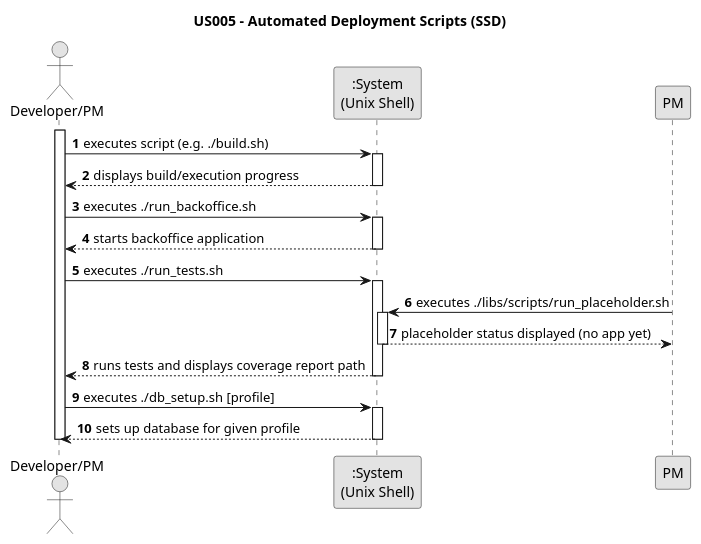
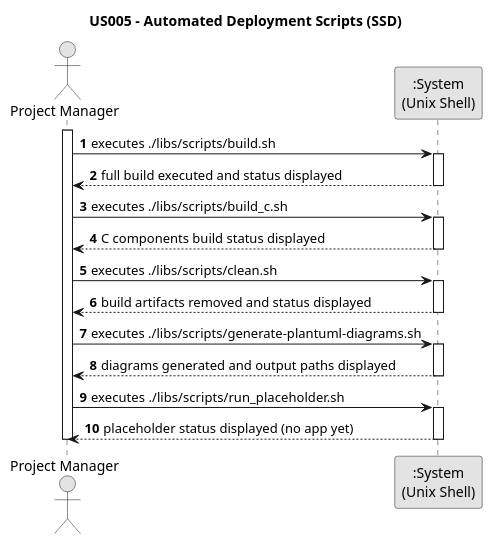
Before and after one commit to brunodspinto/aisafe: the diagram in docs/US005/01.requirements-engineering/puml/US005-SSD.puml, drawn with PlantUML. The commit also changed 1 other file, not shown here.

Commit message:
#16  Closes #19  Update SSD and README for script changes
Align the system sequence diagram and README with the actual scripts in libs/scripts. The SSD actor was changed from "Developer/PM" to "Project Manager" and interactions were updated to use specific scripts (build.sh, build_c.sh, clean.sh, generate-plantuml-diagrams.sh, run_placeholder.sh), removing out-of-scope test/db steps. The README now documents run_placeholder.sh and adds a short usage snippet to reflect Sprint 1 scope.

```diff
--- a/docs/US005/01.requirements-engineering/puml/US005-SSD.puml
+++ b/docs/US005/01.requirements-engineering/puml/US005-SSD.puml
@@ -1,45 +1,42 @@
 @startuml US005-SSD
 skinparam monochrome true
 skinparam packageStyle rectangle
 skinparam shadowing false
 
 title US005 - Automated Deployment Scripts (SSD)
 
 autonumber
 
-actor "Developer/PM" as Dev
+actor "Project Manager" as PM
 participant ":System\n(Unix Shell)" as Shell
 
-activate Dev
+activate PM
 
-    Dev -> Shell : executes script (e.g. ./build.sh)
-    activate Shell
+PM -> Shell : executes ./libs/scripts/build.sh
+activate Shell
+Shell --> PM : full build executed and status displayed
+deactivate Shell
 
-        Shell --> Dev : displays build/execution progress
-    deactivate Shell
+PM -> Shell : executes ./libs/scripts/build_c.sh
+activate Shell
+Shell --> PM : C components build status displayed
+deactivate Shell
 
-    Dev -> Shell : executes ./run_backoffice.sh
-    activate Shell
+PM -> Shell : executes ./libs/scripts/clean.sh
+activate Shell
+Shell --> PM : build artifacts removed and status displayed
+deactivate Shell
 
-        Shell --> Dev : starts backoffice application
-    deactivate Shell
+PM -> Shell : executes ./libs/scripts/generate-plantuml-diagrams.sh
+activate Shell
+Shell --> PM : diagrams generated and output paths displayed
+deactivate Shell
 
-    Dev -> Shell : executes ./run_tests.sh
-    activate Shell
 PM -> Shell : executes ./libs/scripts/run_placeholder.sh
 activate Shell
 Shell --> PM : placeholder status displayed (no app yet)
 deactivate Shell
 
-        Shell --> Dev : runs tests and displays coverage report path
-    deactivate Shell
-
-    Dev -> Shell : executes ./db_setup.sh [profile]
-    activate Shell
-
-        Shell --> Dev : sets up database for given profile
-    deactivate Shell
-
-deactivate Dev
+deactivate PM
 
 @enduml
```
